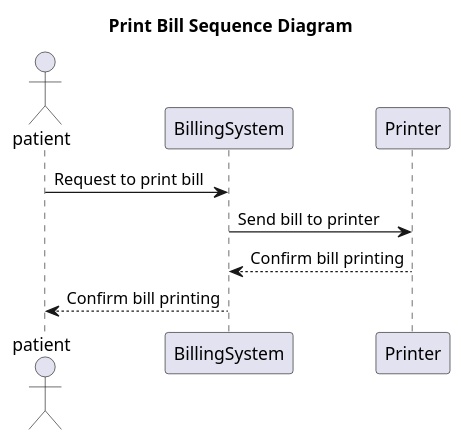
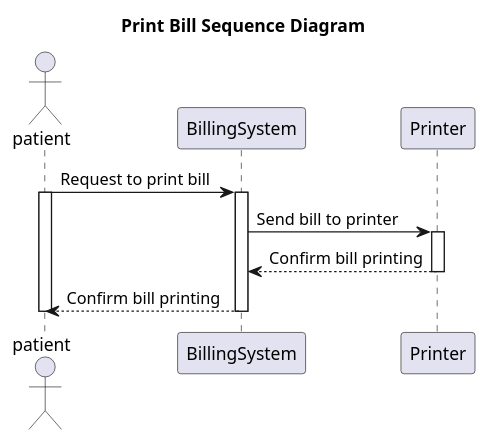
One commit to baonehe/SE357-Pratice-class changed the diagram in Lab1.2/Sequence diagram/Code/Print Bill_seq.wsd. Above: the diagram before and after it, drawn with PlantUML. The commit also changed 99 other files, not shown here.

Commit message:
Update sequence diagram

```diff
--- a/Lab1.2/Sequence diagram/Code/Print Bill_seq.wsd
+++ b/Lab1.2/Sequence diagram/Code/Print Bill_seq.wsd
@@ -1,12 +1,20 @@
 @startuml
 title Print Bill Sequence Diagram
 
 Actor patient
 participant BillingSystem
 participant Printer
 
 patient -> BillingSystem: Request to print bill
+activate patient
+activate BillingSystem
+
 BillingSystem -> Printer: Send bill to printer
+activate Printer
 Printer --> BillingSystem: Confirm bill printing
+deactivate Printer
+
 BillingSystem --> patient: Confirm bill printing
+deactivate BillingSystem
+deactivate patient
 @enduml
```
